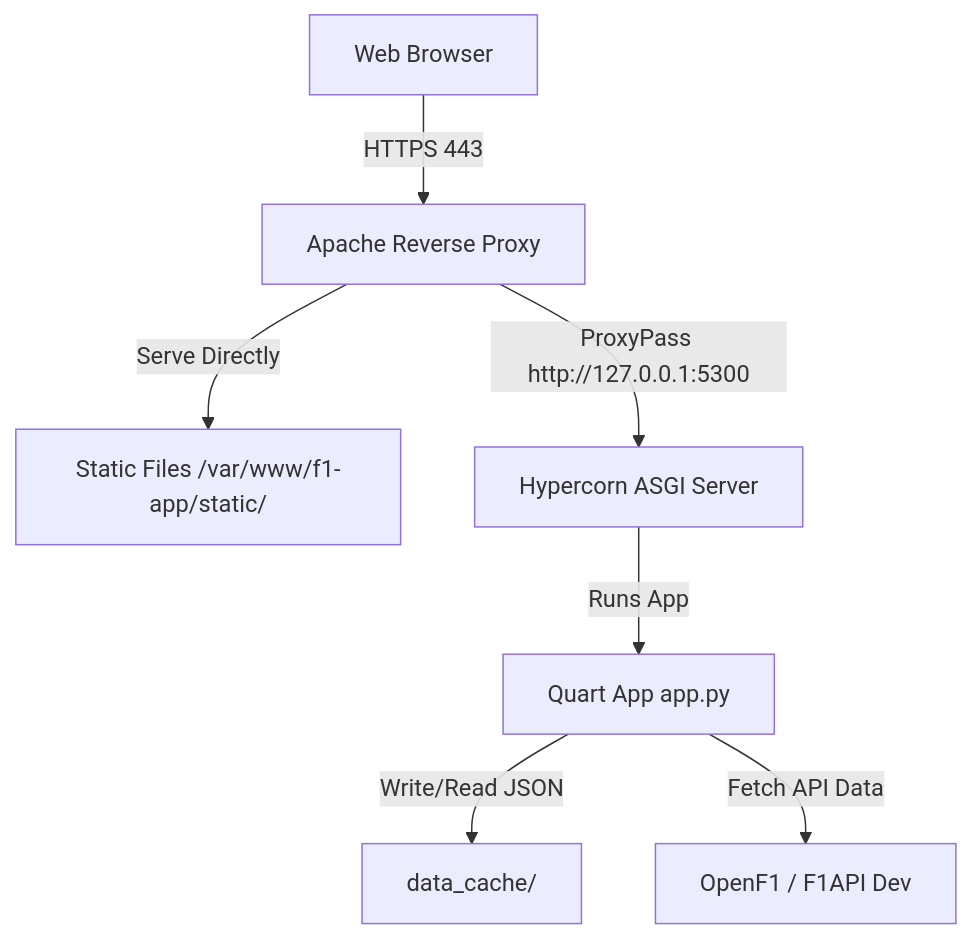
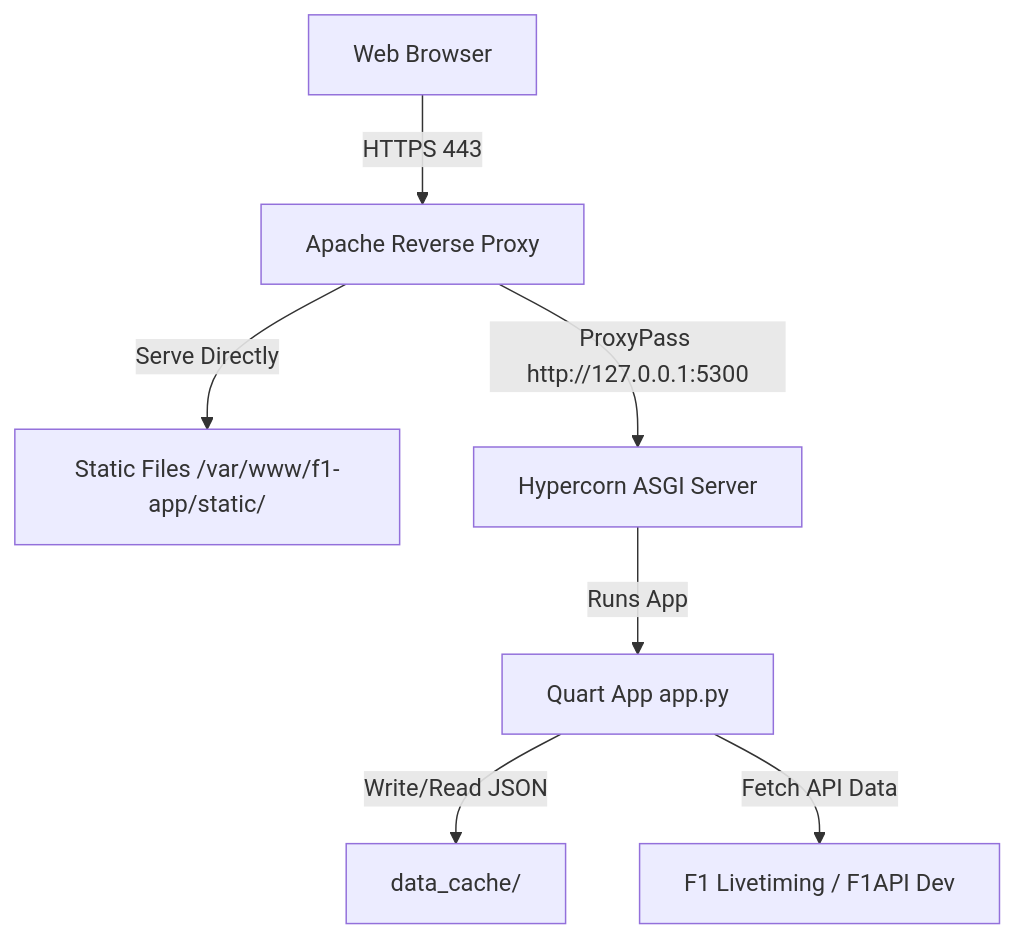
One commit to baha2046/f1dashbroad changed the diagram in ubuntu-apache-deployment-guide.md. Above: the diagram before and after it, drawn with Mermaid. The commit also changed other lines of this file and 29 other files, not shown here.

Commit message:
feat: integrate F1 Livetiming data sources and update session handling

````diff
--- a/ubuntu-apache-deployment-guide.md
+++ b/ubuntu-apache-deployment-guide.md
@@ -11,9 +11,9 @@
 ```mermaid
 graph TD
     Client[Web Browser] -->|HTTPS 443| Apache[Apache Reverse Proxy]
     Apache -->|Serve Directly| Static[Static Files /var/www/f1-app/static/]
     Apache -->|ProxyPass http://127.0.0.1:5300| Hypercorn[Hypercorn ASGI Server]
     Hypercorn -->|Runs App| Quart[Quart App app.py]
     Quart -->|Write/Read JSON| CacheDir[data_cache/]
-    Quart -->|Fetch API Data| OpenF1[OpenF1 / F1API Dev]
+    Quart -->|Fetch API Data| Livetiming[F1 Livetiming / F1API Dev]
 ```
````
